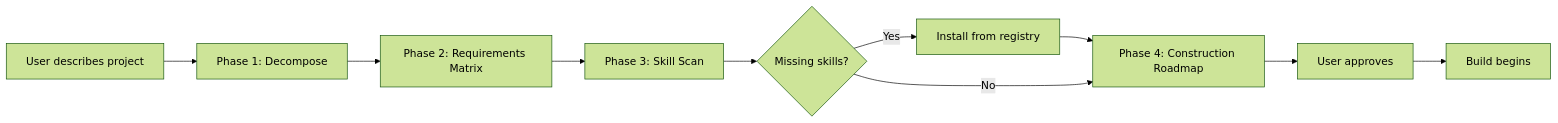
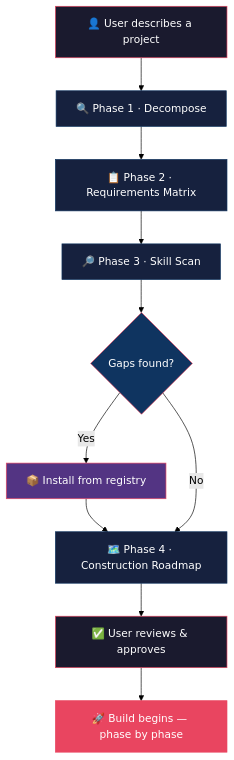
One commit to RodDu/project-blueprint changed the diagram in README.md. Above: the diagram before and after it, drawn with Mermaid (forest theme). The commit also changed other lines of this file, not shown here.

Commit message:
readme: premium visual redesign with badges, mermaid, collapsible sections

````diff
--- a/README.md
+++ b/README.md
@@ -61,12 +141,22 @@
 ```mermaid
-flowchart LR
-    A["User describes project"] --> B["Phase 1: Decompose"]
-    B --> C["Phase 2: Requirements Matrix"]
-    C --> D["Phase 3: Skill Scan"]
-    D --> E{"Missing skills?"}
-    E -->|Yes| F["Install from registry"]
-    F --> G["Phase 4: Construction Roadmap"]
-    E -->|No| G
-    G --> H["User approves"]
-    H --> I["Build begins"]
+flowchart TD
+    A["👤 User describes a project"] --> B["🔍 Phase 1 · Decompose"]
+    B --> C["📋 Phase 2 · Requirements Matrix"]
+    C --> D["🔎 Phase 3 · Skill Scan"]
+    D --> E{"Gaps found?"}
+    E -->|"Yes"| F["📦 Install from registry"]
+    F --> G["🗺️ Phase 4 · Construction Roadmap"]
+    E -->|"No"| G
+    G --> H["✅ User reviews & approves"]
+    H --> I["🚀 Build begins — phase by phase"]
+
+    style A fill:#1a1a2e,stroke:#e94560,color:#fff
+    style B fill:#16213e,stroke:#0f3460,color:#fff
+    style C fill:#16213e,stroke:#0f3460,color:#fff
+    style D fill:#16213e,stroke:#0f3460,color:#fff
+    style E fill:#0f3460,stroke:#e94560,color:#fff
+    style F fill:#533483,stroke:#e94560,color:#fff
+    style G fill:#16213e,stroke:#0f3460,color:#fff
+    style H fill:#1a1a2e,stroke:#e94560,color:#fff
+    style I fill:#e94560,stroke:#e94560,color:#fff
 ```
````
